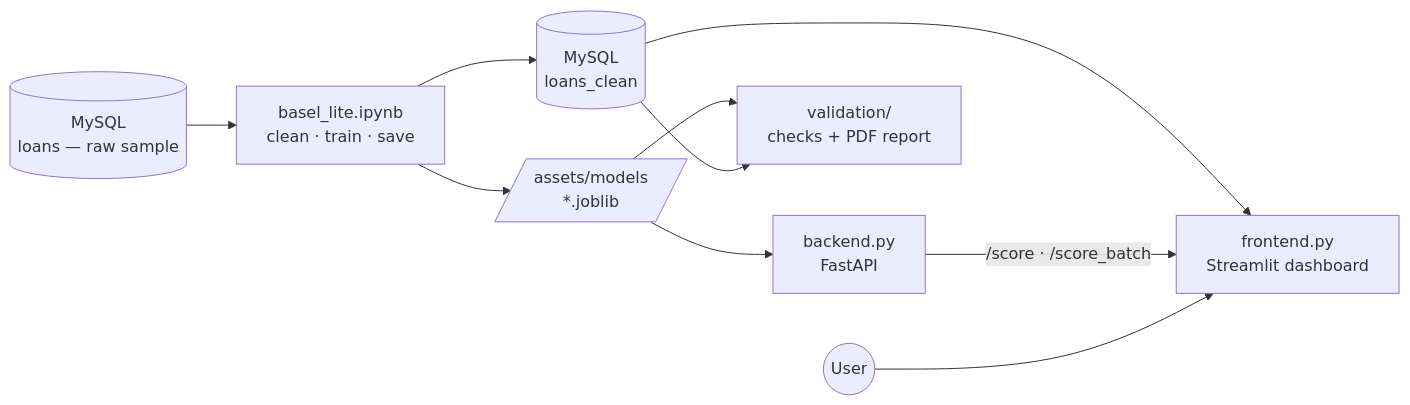
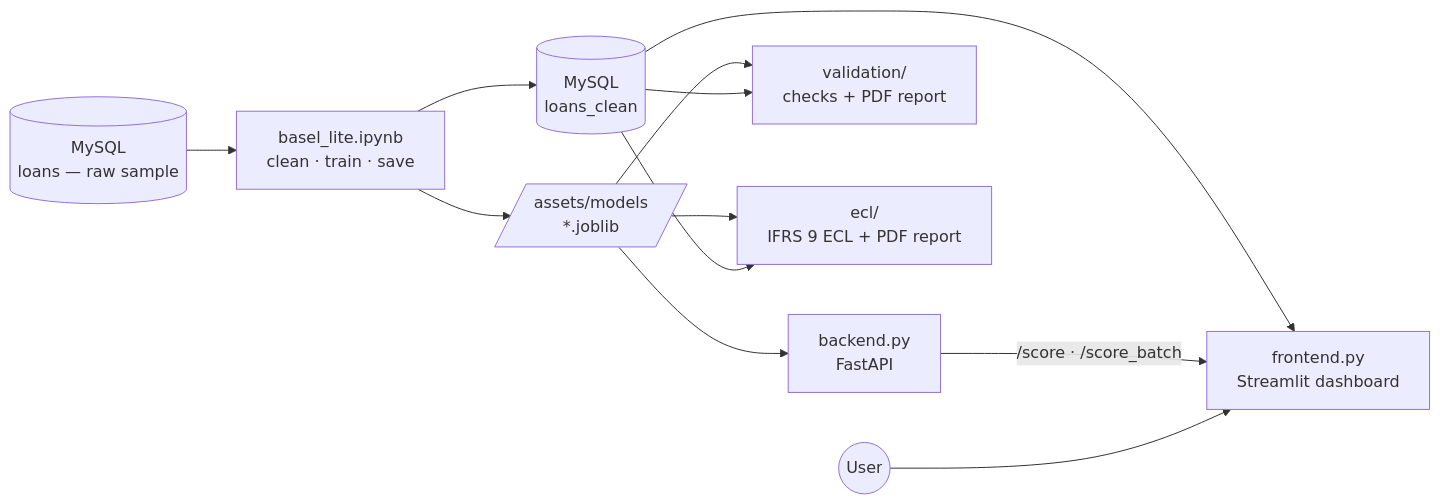
The diagram in README.md (Ailya-Shah/basel_lite), drawn with Mermaid before and after one commit. The commit also changed other lines of this file, not shown here.

Commit message:
Update README.md to reflect enhancements in validation and add IFRS 9 ECL engine details

````diff
--- a/README.md
+++ b/README.md
@@ -167,12 +236,14 @@
 ```mermaid
 flowchart LR
     L[(MySQL<br/>loans — raw sample)] --> B[basel_lite.ipynb<br/>clean · train · save]
     B --> Lc[(MySQL<br/>loans_clean)]
     B --> C[/assets/models<br/>*.joblib/]
     C --> D[backend.py<br/>FastAPI]
     Lc --> E[frontend.py<br/>Streamlit dashboard]
     C --> V[validation/<br/>checks + PDF report]
     Lc --> V
+    C --> X[ecl/<br/>IFRS 9 ECL + PDF report]
+    Lc --> X
     D -->|/score · /score_batch| E
     U((User)) --> E
 ```
````
